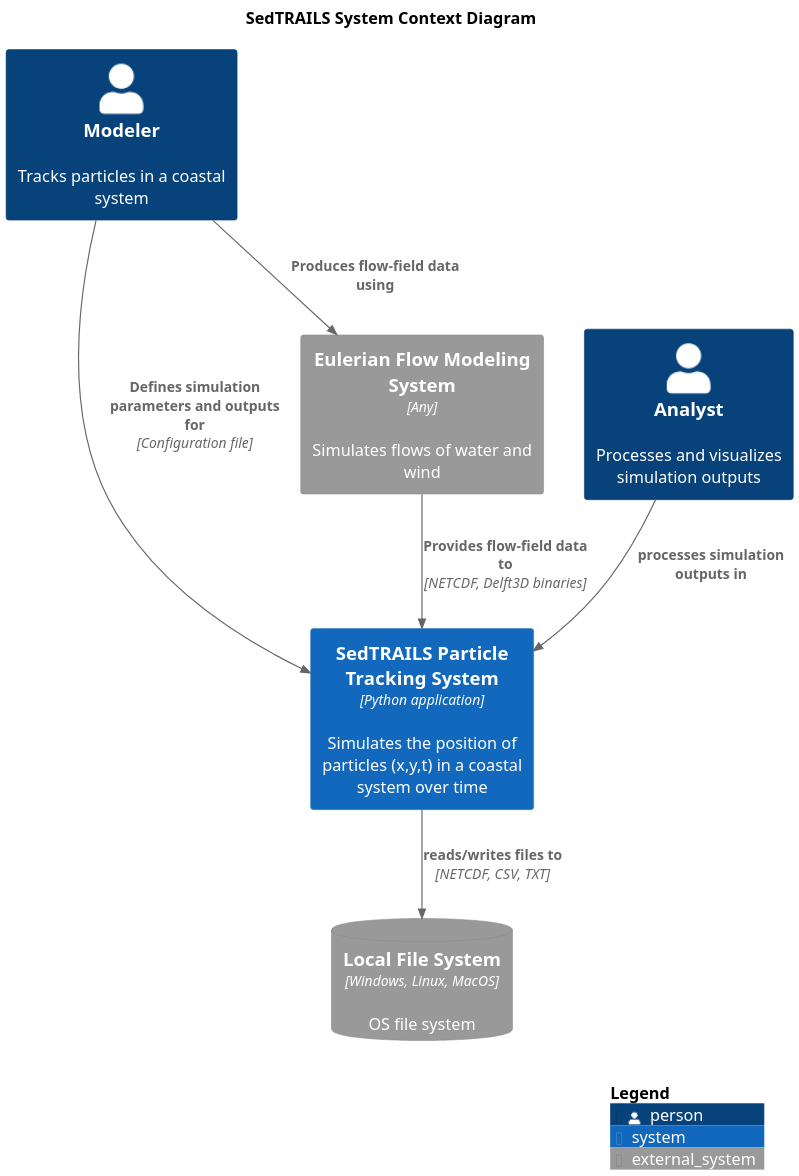
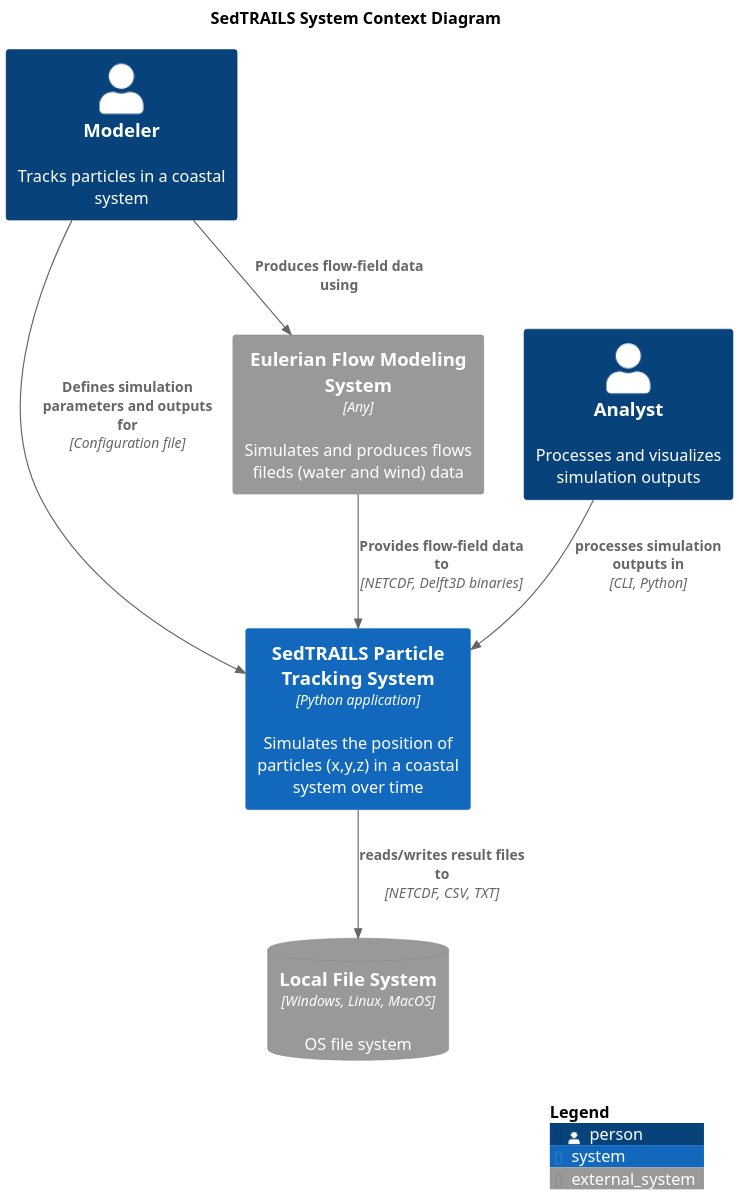
The diagram in diagrams/context-system.puml (sgpearson17/sedtrails-sgp), drawn with PlantUML before and after one commit. The commit also changed 9 other files, not shown here.

Commit message:
docs: update component diagrams for SedTRAILS applications, enhancing descriptions and relationships

```diff
--- a/diagrams/context-system.puml
+++ b/diagrams/context-system.puml
@@ -1,29 +1,26 @@
 @startuml SedtrailContext
 !include ./c4/C4_Context.puml
 
 ' !theme C4_sandstone from ./c4/themes
 title SedTRAILS System Context Diagram
 scale 2
 
 Person(modeler, "Modeler", "Tracks particles in a coastal system")
 Person(analyst, "Analyst", "Processes and visualizes simulation outputs")
 
-System(sedtrails, "SedTRAILS Particle Tracking System", "Simulates the position of particles (x,y,t) in a coastal system over time", $type="Python application")
+System(sedtrails, "SedTRAILS Particle Tracking System", "Simulates the position of particles (x,y,z) in a coastal system over time", $type="Python application")
 
-System_Ext(flowSystem, "Eulerian Flow Modeling System", "Simulates flows of water and wind", $type="Any")
+System_Ext(flowSystem, "Eulerian Flow Modeling System", "Simulates and produces flows fileds (water and wind) data", $type="Any")
 
 SystemDb_Ext(fileSystem, "Local File System", "OS file system", $type="Windows, Linux, MacOS")
 
-Rel(analyst, sedtrails, "processes simulation outputs in")
-Rel(sedtrails, fileSystem, "reads/writes files to", "NETCDF, CSV, TXT")
+Rel(analyst, sedtrails, "processes simulation outputs in ", "CLI, Python")
+Rel(sedtrails, fileSystem, "reads/writes result files to", "NETCDF, CSV, TXT")
 
 Rel(modeler, sedtrails, "Defines simulation parameters and outputs for", "Configuration file")
-Rel(modeler, flowSystem, "Produces flow-field data using")
-
-' Rel(connectivityNetworkSys, sedtrails, "Accesses simulation outputs from", "NETCDF")
-' Rel(statisticsSys, sedtrails, "Accesses simulation outputs from", "NETCDF")
+Rel(modeler, flowSystem, "Produces flow-field data using" )
 
 Rel(flowSystem, sedtrails, "Provides flow-field data to ", "NETCDF, Delft3D binaries")
 
 SHOW_LEGEND()
 @enduml
```
